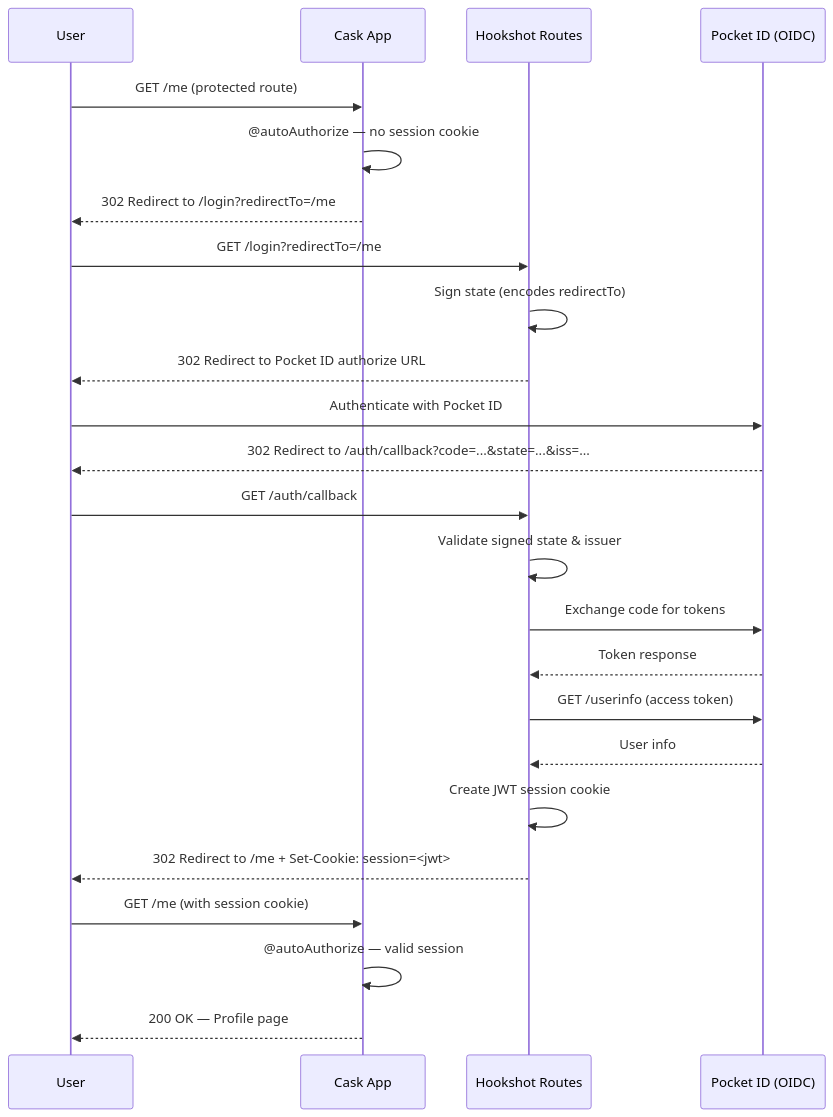
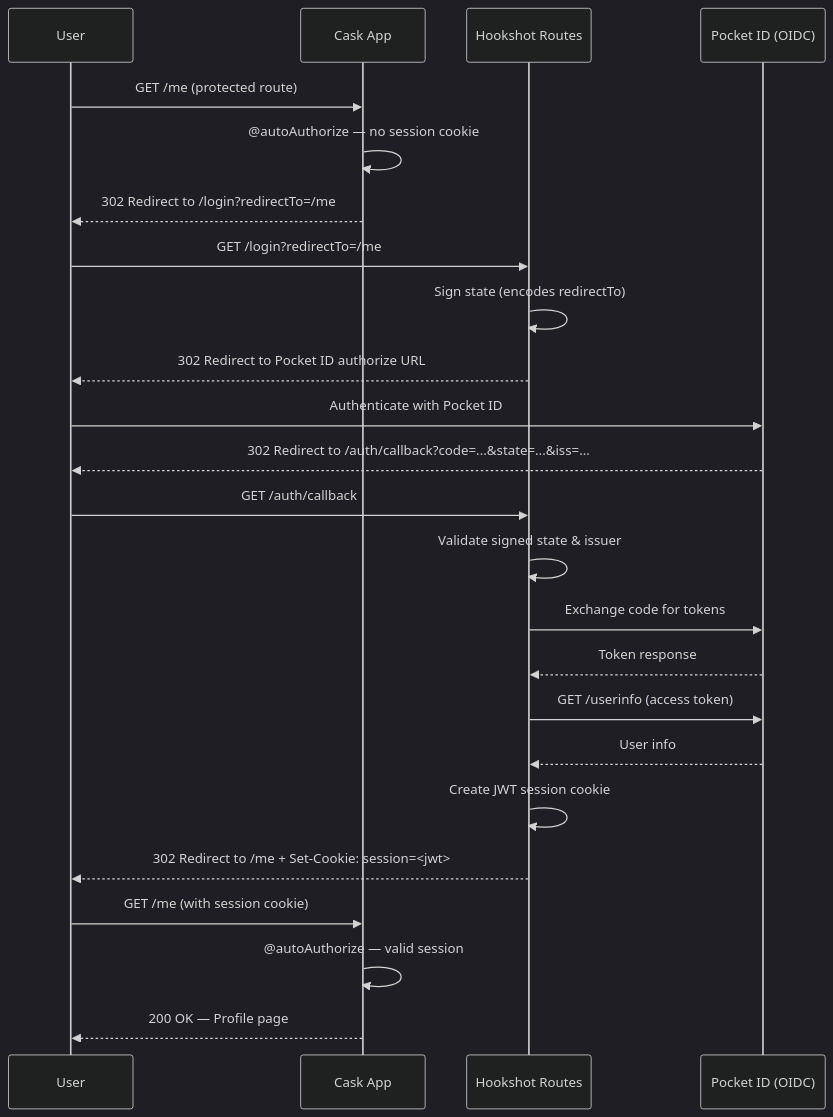
Before and after one commit to alterationx10/alterationx10: the diagram in site/blog/2026-02-20-securing-apis-with-jwts.md, drawn with Mermaid.

Commit message:
mermaid dark theme

````diff
--- a/site/blog/2026-02-20-securing-apis-with-jwts.md
+++ b/site/blog/2026-02-20-securing-apis-with-jwts.md
@@ -96,26 +96,27 @@
 ```mermaid
+%%{init: {'theme': 'dark'}}%%
 sequenceDiagram
     participant User
     participant App as Cask App
     participant Hookshot as Hookshot Routes
     participant PocketID as Pocket ID (OIDC)
     User ->> App: GET /me (protected route)
     App ->> App: @autoAuthorize — no session cookie
     App -->> User: 302 Redirect to /login?redirectTo=/me
     User ->> Hookshot: GET /login?redirectTo=/me
     Hookshot ->> Hookshot: Sign state (encodes redirectTo)
     Hookshot -->> User: 302 Redirect to Pocket ID authorize URL
     User ->> PocketID: Authenticate with Pocket ID
     PocketID -->> User: 302 Redirect to /auth/callback?code=...&state=...&iss=...
     User ->> Hookshot: GET /auth/callback
     Hookshot ->> Hookshot: Validate signed state & issuer
     Hookshot ->> PocketID: Exchange code for tokens
     PocketID -->> Hookshot: Token response
     Hookshot ->> PocketID: GET /userinfo (access token)
     PocketID -->> Hookshot: User info
     Hookshot ->> Hookshot: Create JWT session cookie
     Hookshot -->> User: 302 Redirect to /me + Set-Cookie: session=<jwt>
     User ->> App: GET /me (with session cookie)
     App ->> App: @autoAuthorize — valid session
     App -->> User: 200 OK — Profile page
 ```
````
